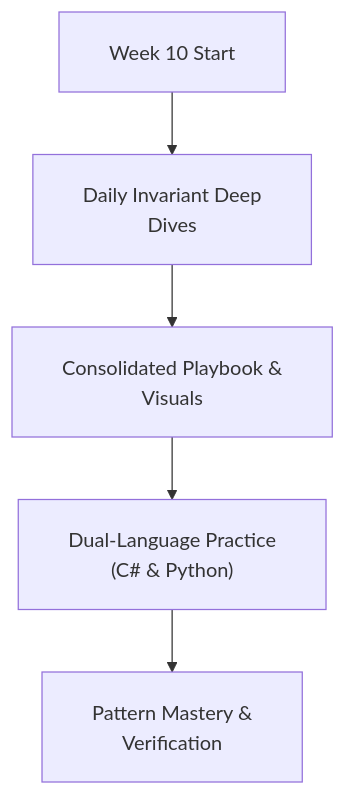
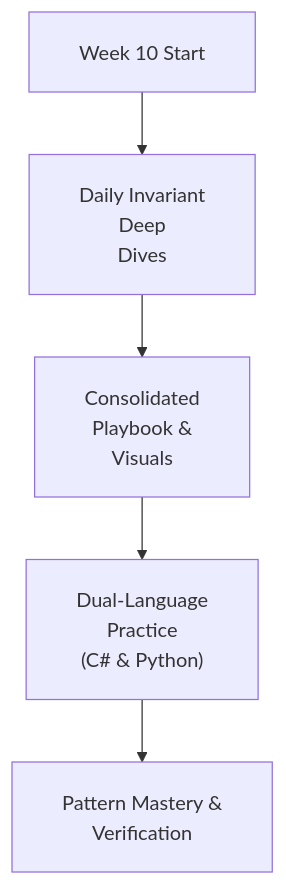
One commit to dip4k/DSA_102 changed the diagram in week_10_dynamic_programming_i_fundamentals/README.md. Above: the diagram before and after it, drawn with Mermaid. The commit also changed 106 other files, not shown here.

First line of the commit message:
fix(mermaid): prevent text clipping with foreignObject overflow and tighter line wrapping

````diff
--- a/week_10_dynamic_programming_i_fundamentals/README.md
+++ b/week_10_dynamic_programming_i_fundamentals/README.md
@@ -16,8 +16,8 @@
 ```mermaid
-%%{init: {"flowchart": {"htmlLabels": true, "padding": 20}}}%%
+%%{init: {"flowchart": {"htmlLabels": true, "padding": 20}, "themeCSS": "foreignObject { overflow: visible !important; }"}}%%
 flowchart TD
-    Start["Week 10 Start"] --> Daily["Daily Invariant Deep<br/>Dives"]
-    Daily --> Playbook["Consolidated Playbook &<br/>Visuals"]
-    Playbook --> DualLang["Dual-Language Practice<br/>(C# & Python)"]
+    Start["Week 10 Start"] --> Daily["Daily Invariant<br/>Deep<br/>Dives"]
+    Daily --> Playbook["Consolidated<br/>Playbook &<br/>Visuals"]
+    Playbook --> DualLang["Dual-Language<br/>Practice<br/>(C# & Python)"]
     DualLang --> Mastery["Pattern Mastery &<br/>Verification"]
 ```
````
